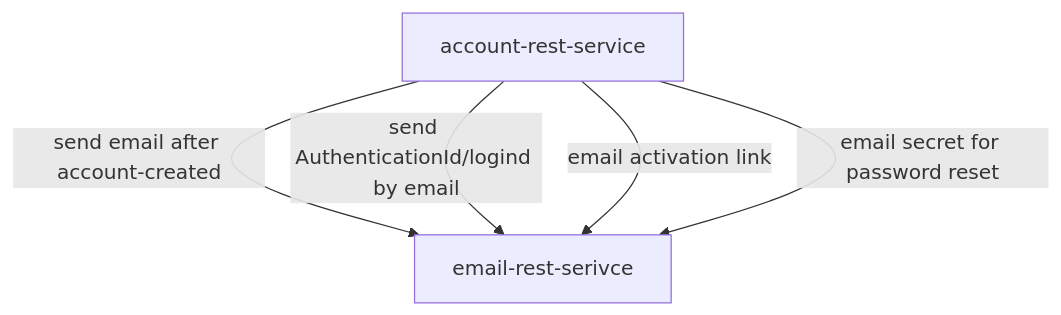
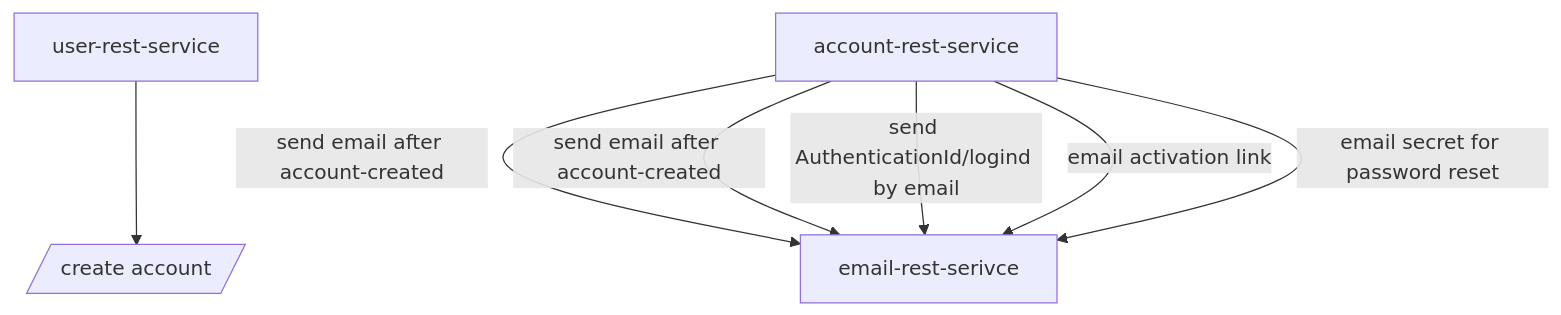
One commit to sonamsamdupkhangsar/email-rest-service changed the diagram in README.md. Above: the diagram before and after it, drawn with Mermaid.

Commit message:
add mermaidms

````diff
--- a/README.md
+++ b/README.md
@@ -9,7 +9,10 @@
 ```mermaid
 flowchart TD
+ User[user-rest-service] --> createAccount[/create account/]
+ 
+ Account[account-rest-service] --"send email after account-created"--> email[email-rest-serivce]
  Account[account-rest-service] --"send email after account-created"--> email[email-rest-serivce]
  Account --"send AuthenticationId/logind by email"--> email
  Account --"email activation link"-->email
  Account --"email secret for password reset" -->email
 ```
````
